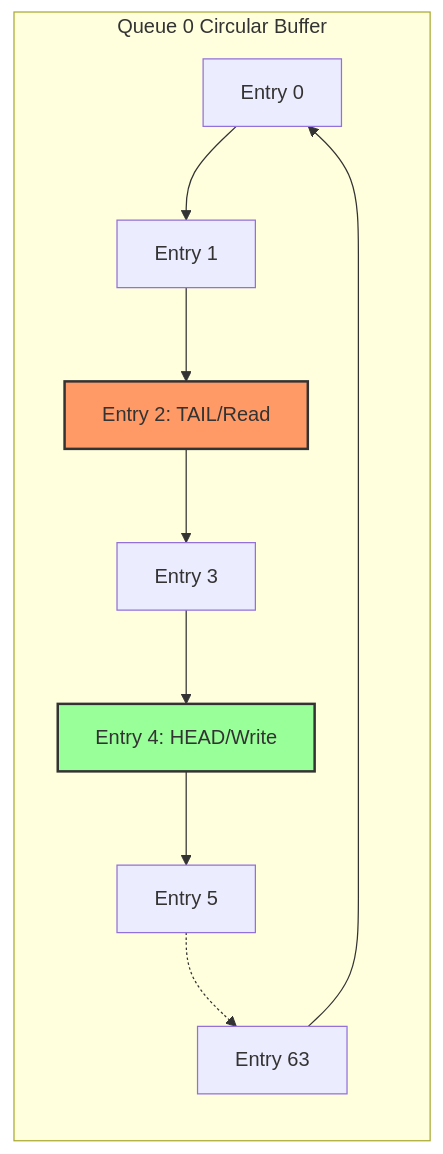
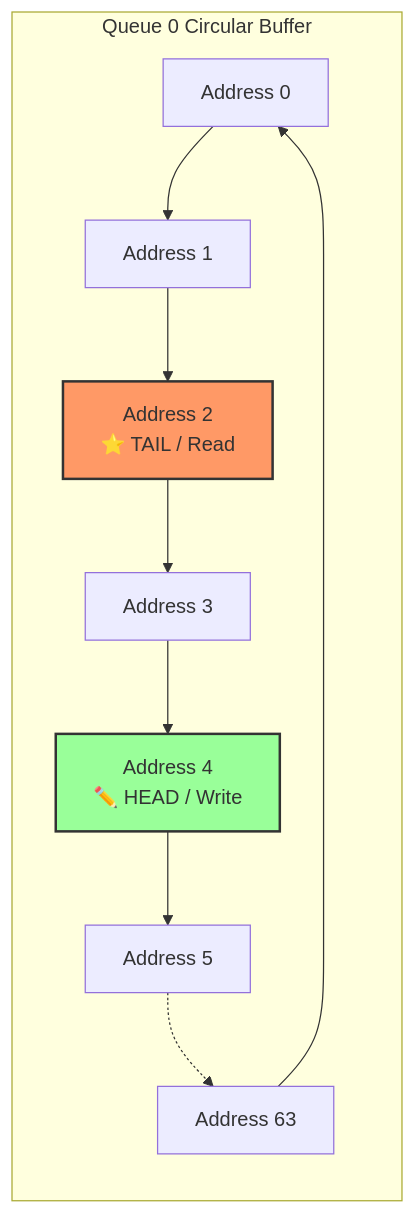
The diagram in docs/05_queue_manager.md (Ganeshkumara26/SmartNIC), drawn with Mermaid before and after one commit. The commit also changed other lines of this file and 5 other files, not shown here.

Commit message:
docs: Re-write all chunks with brilliant formatting, Mermaid diagrams, and GitHub alerts

````diff
--- a/docs/05_queue_manager.md
+++ b/docs/05_queue_manager.md
@@ -21,15 +32,15 @@
 ```mermaid
 graph LR
     subgraph Queue 0 Circular Buffer
-        E0[Entry 0] --> E1[Entry 1]
-        E1 --> E2[Entry 2: TAIL/Read]
-        E2 --> E3[Entry 3]
-        E3 --> E4[Entry 4: HEAD/Write]
-        E4 --> E5[Entry 5]
-        E5 -.-> E63[Entry 63]
+        E0[Address 0] --> E1[Address 1]
+        E1 --> E2[Address 2 <br> ⭐ TAIL / Read]
+        E2 --> E3[Address 3]
+        E3 --> E4[Address 4 <br> ✏️ HEAD / Write]
+        E4 --> E5[Address 5]
+        E5 -.-> E63[Address 63]
         E63 --> E0
     end
     
     style E2 fill:#f96,stroke:#333,stroke-width:2px
     style E4 fill:#9f9,stroke:#333,stroke-width:2px
 ```
````
